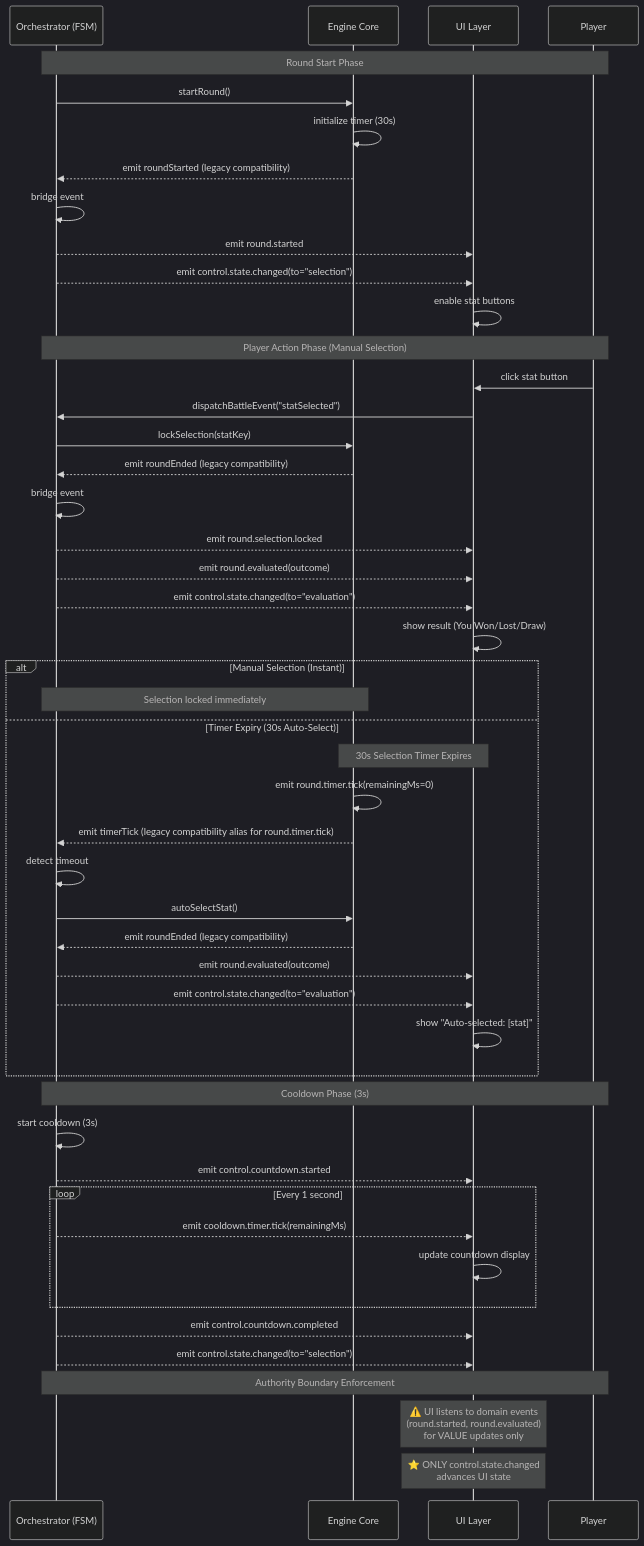
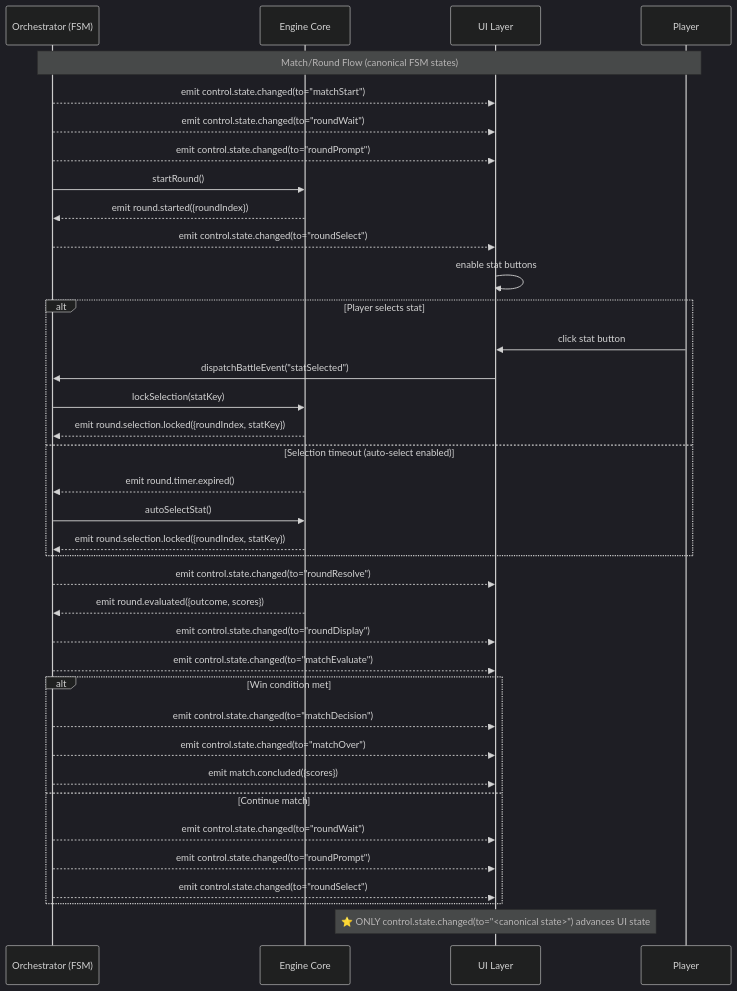
Before and after one commit to CyanAutomation/judokon: the first of 2 diagrams in design/productRequirementsDocuments/prdBattleEngine.md, drawn with Mermaid (dark theme). The commit also changed other lines of this file, not shown here.

Commit message:
docs: align battle engine mermaid FSM states with canonical table (#5692)

````diff
--- a/design/productRequirementsDocuments/prdBattleEngine.md
+++ b/design/productRequirementsDocuments/prdBattleEngine.md
@@ -92,55 +92,44 @@
 ```mermaid
 sequenceDiagram
   participant Orch as Orchestrator (FSM)
   participant Engine as Engine Core
   participant UI as UI Layer
   participant Player
 
-  Note over Orch,Player: Round Start Phase
+  Note over Orch,Player: Match/Round Flow (canonical FSM states)
+  Orch-->>UI: emit control.state.changed(to="matchStart")
+  Orch-->>UI: emit control.state.changed(to="roundWait")
+  Orch-->>UI: emit control.state.changed(to="roundPrompt")
   Orch->>Engine: startRound()
-  Engine->>Engine: initialize timer (30s)
-  Engine-->>Orch: emit roundStarted (legacy compatibility)
-  Orch->>Orch: bridge event
-  Orch-->>UI: emit round.started
-  Orch-->>UI: emit control.state.changed(to="selection")
+  Engine-->>Orch: emit round.started({roundIndex})
+  Orch-->>UI: emit control.state.changed(to="roundSelect")
   UI->>UI: enable stat buttons
 
-  Note over Orch,Player: Player Action Phase (Manual Selection)
-  Player->>UI: click stat button
-  UI->>Orch: dispatchBattleEvent("statSelected")
-  Orch->>Engine: lockSelection(statKey)
-  Engine-->>Orch: emit roundEnded (legacy compatibility)
-  Orch->>Orch: bridge event
-  Orch-->>UI: emit round.selection.locked
-  Orch-->>UI: emit round.evaluated(outcome)
-  Orch-->>UI: emit control.state.changed(to="evaluation")
-  UI->>UI: show result (You Won/Lost/Draw)
-
-  alt Manual Selection (Instant)
-    Note over Orch,Engine: Selection locked immediately
-  else Timer Expiry (30s Auto-Select)
-    Note over Engine,UI: 30s Selection Timer Expires
-    Engine->>Engine: emit round.timer.tick(remainingMs=0)
-    Engine-->>Orch: emit timerTick (legacy compatibility alias for round.timer.tick)
-    Orch->>Orch: detect timeout
+  alt Player selects stat
+    Player->>UI: click stat button
+    UI->>Orch: dispatchBattleEvent("statSelected")
+    Orch->>Engine: lockSelection(statKey)
+    Engine-->>Orch: emit round.selection.locked({roundIndex, statKey})
+  else Selection timeout (auto-select enabled)
+    Engine-->>Orch: emit round.timer.expired()
     Orch->>Engine: autoSelectStat()
-    Engine-->>Orch: emit roundEnded (legacy compatibility)
-    Orch-->>UI: emit round.evaluated(outcome)
-    Orch-->>UI: emit control.state.changed(to="evaluation")
-    UI->>UI: show "Auto-selected: [stat]"
+    Engine-->>Orch: emit round.selection.locked({roundIndex, statKey})
   end
 
-  Note over Orch,Player: Cooldown Phase (3s)
-  Orch->>Orch: start cooldown (3s)
-  Orch-->>UI: emit control.countdown.started
-  loop Every 1 second
-    Orch-->>UI: emit cooldown.timer.tick(remainingMs)
-    UI->>UI: update countdown display
+  Orch-->>UI: emit control.state.changed(to="roundResolve")
+  Engine-->>Orch: emit round.evaluated({outcome, scores})
+  Orch-->>UI: emit control.state.changed(to="roundDisplay")
+  Orch-->>UI: emit control.state.changed(to="matchEvaluate")
+
+  alt Win condition met
+    Orch-->>UI: emit control.state.changed(to="matchDecision")
+    Orch-->>UI: emit control.state.changed(to="matchOver")
+    Orch-->>UI: emit match.concluded({scores})
+  else Continue match
+    Orch-->>UI: emit control.state.changed(to="roundWait")
+    Orch-->>UI: emit control.state.changed(to="roundPrompt")
+    Orch-->>UI: emit control.state.changed(to="roundSelect")
   end
-  Orch-->>UI: emit control.countdown.completed
-  Orch-->>UI: emit control.state.changed(to="selection")
 
-  Note over Orch,Player: Authority Boundary Enforcement
-  Note over UI: ⚠️ UI listens to domain events<br/>(round.started, round.evaluated)<br/>for VALUE updates only
-  Note over UI: ⭐ ONLY control.state.changed<br/>advances UI state
+  Note over UI: ⭐ ONLY control.state.changed(to="<canonical state>") advances UI state
 ```
````
